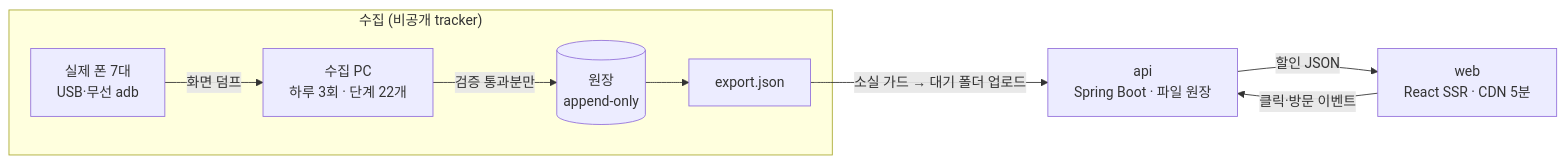
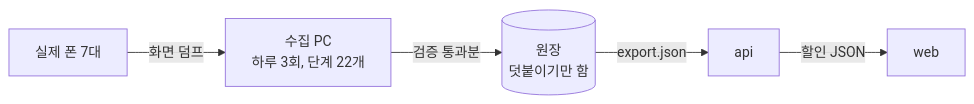
Before and after one commit to woowacourse-teams/2026-to-discount: the diagram in README.md, drawn with Mermaid. The commit also changed other lines of this file, not shown here.

````diff
--- a/README.md
+++ b/README.md
@@ -36,11 +44,7 @@
 ```mermaid
 flowchart LR
-  subgraph 수집["수집 (비공개 tracker)"]
-    P["실제 폰 7대<br/>USB·무선 adb"] -- 화면 덤프 --> C["수집 PC<br/>하루 3회 · 단계 22개"]
-    C -- 검증 통과분만 --> L[("원장<br/>append-only")]
-    L --> E["export.json"]
-  end
-  E -- "소실 가드 → 대기 폴더 업로드" --> S["api<br/>Spring Boot · 파일 원장"]
-  S -- "할인 JSON" --> W["web<br/>React SSR · CDN 5분"]
-  W -- "클릭·방문 이벤트" --> S
+  P["실제 폰 7대"] -- 화면 덤프 --> C["수집 PC<br/>하루 3회, 단계 22개"]
+  C -- 검증 통과분 --> L[("원장<br/>덧붙이기만 함")]
+  L -- export.json --> S["api"]
+  S -- 할인 JSON --> W["web"]
 ```
````
